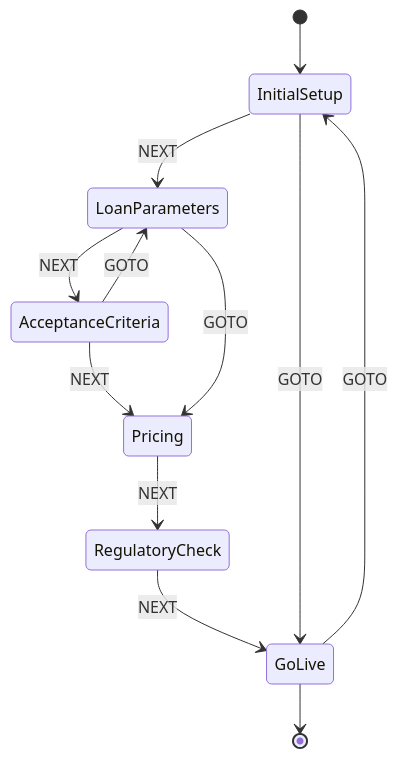
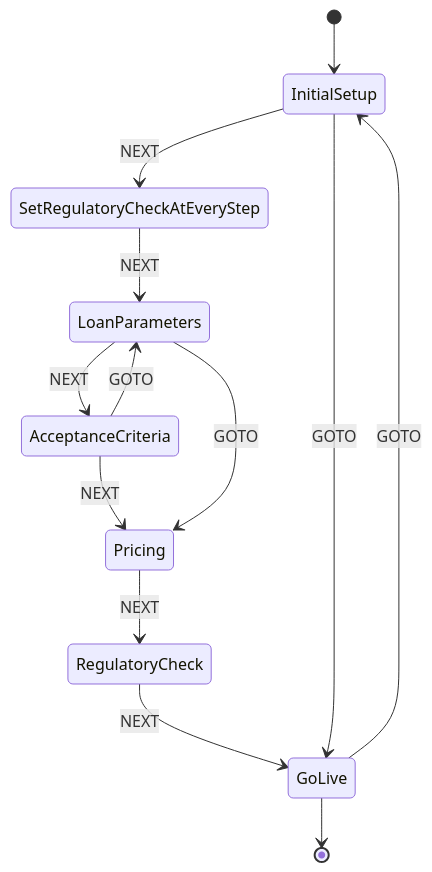
The second of 2 diagrams in docs/state-machine-spec.md (barttermorshuizen/akkuro-lending-ai-studio), drawn with Mermaid before and after one commit. The commit also changed other lines of this file and 62 other files, not shown here.

First line of the commit message:
feat: implement regulatory check and add Dockerfile, environment configuration

````diff
--- a/docs/state-machine-spec.md
+++ b/docs/state-machine-spec.md
@@ -168,16 +179,17 @@
 ```mermaid
 stateDiagram-v2
     [*] --> InitialSetup
-    InitialSetup --> LoanParameters : NEXT
+    InitialSetup --> SetRegulatoryCheckAtEveryStep : NEXT
+    SetRegulatoryCheckAtEveryStep --> LoanParameters : NEXT
     LoanParameters --> AcceptanceCriteria : NEXT
     AcceptanceCriteria --> Pricing : NEXT
     Pricing --> RegulatoryCheck : NEXT
     RegulatoryCheck --> GoLive : NEXT
     GoLive --> [*]
     %% Direct jumps via GOTO event
     InitialSetup --> GoLive : GOTO
     GoLive --> InitialSetup : GOTO
     LoanParameters --> Pricing : GOTO
     AcceptanceCriteria --> LoanParameters : GOTO
     %% (All states implicitly support GOTO to any other state)
 ```
````
